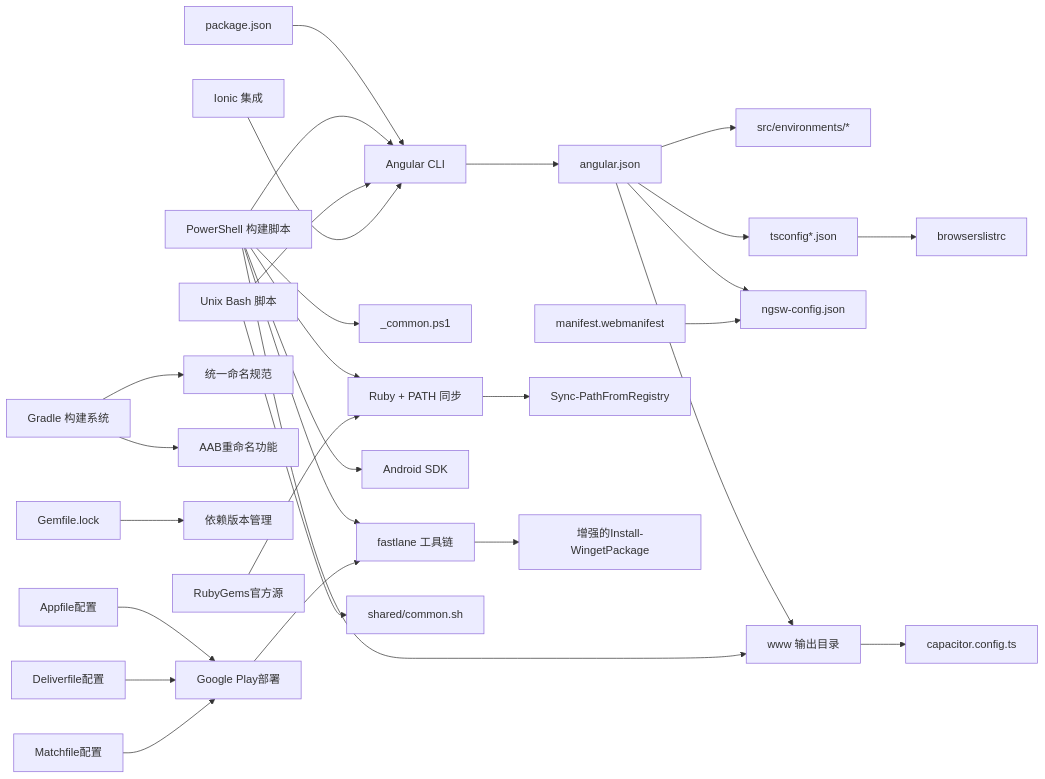
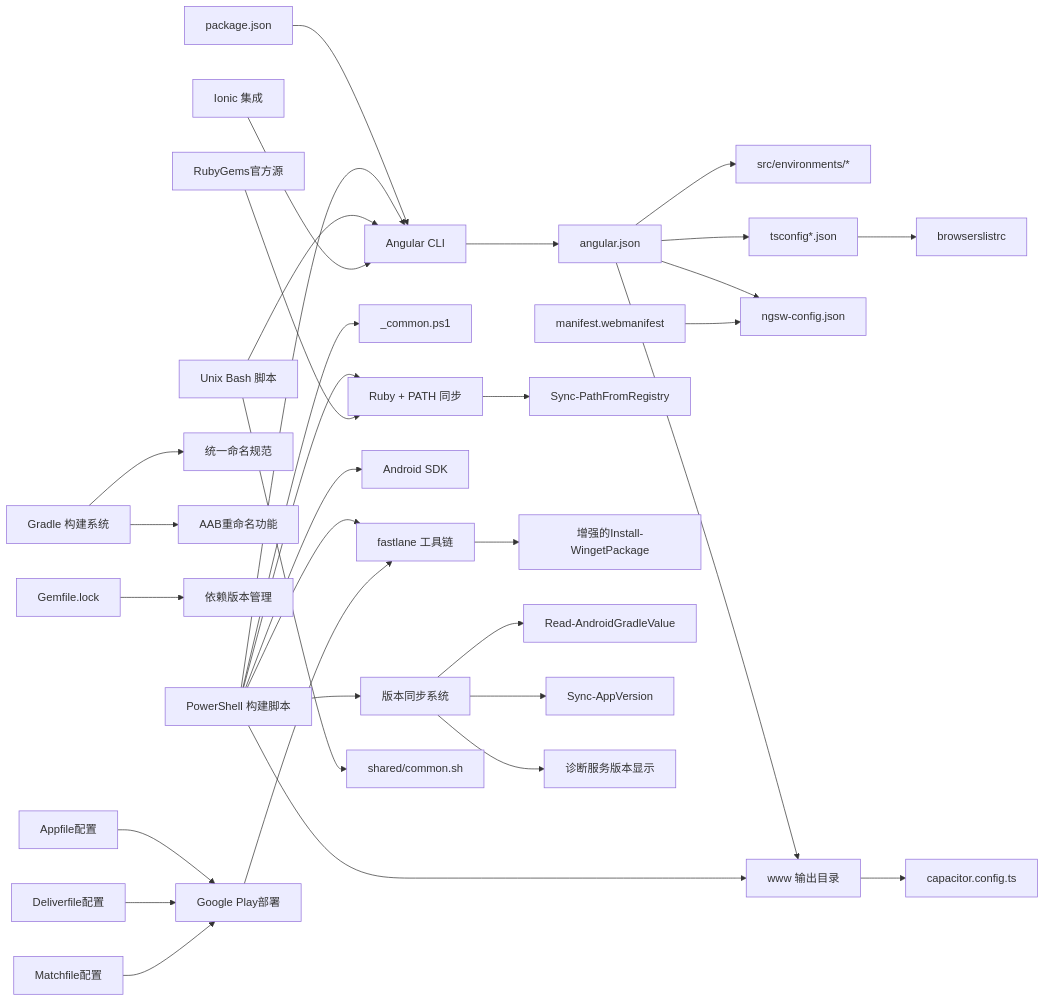
Before and after one commit to tea4go/Macro-Deck-Client-App: the sixth of 6 diagrams in .qoder/repowiki/zh/content/构建与部署/构建配置.md, drawn with Mermaid. The commit also changed other lines of this file and 37 other files, not shown here.

````diff
--- a/.qoder/repowiki/zh/content/构建与部署/构建配置.md
+++ b/.qoder/repowiki/zh/content/构建与部署/构建配置.md
@@ -713,31 +901,35 @@
 ```mermaid
 graph LR
 P["package.json"] --> CLI["Angular CLI"]
 CLI --> CFG["angular.json"]
 CFG --> ENV["src/environments/*"]
 CFG --> TS["tsconfig*.json"]
 TS --> BROWS["browserslistrc"]
 CFG --> SW["ngsw-config.json"]
 CFG --> WWW["www 输出目录"]
 WWW --> CAP["capacitor.config.ts"]
 PS["PowerShell 构建脚本"] --> CLI
 PS --> COMMON["_common.ps1"]
 PS --> WWW
 PS --> FASTLANE["fastlane 工具链"]
 PS --> ANDROID["Android SDK"]
 PS --> RUBY["Ruby + PATH 同步"]
+PS --> VERSIONSYNC["版本同步系统"]
 UNIX["Unix Bash 脚本"] --> COMMON2["shared/common.sh"]
 UNIX --> CLI
 MAN["manifest.webmanifest"] --> SW
 IONIC["Ionic 集成"] --> CLI
 RUBY --> SYNC["Sync-PathFromRegistry"]
 FASTLANE --> WINGET["增强的Install-WingetPackage"]
 GRADLE["Gradle 构建系统"] --> NAMING["统一命名规范"]
 GRADLE --> AABRENAME["AAB重命名功能"]
 GEMLOCK["Gemfile.lock"] --> DEPS["依赖版本管理"]
 PLAYSTORE["Google Play部署"] --> FASTLANE
 APPFILE["Appfile配置"] --> PLAYSTORE
 DELIVER["Deliverfile配置"] --> PLAYSTORE
 MATCH["Matchfile配置"] --> PLAYSTORE
 RUBYGEMS["RubyGems官方源"] --> RUBY
+VERSIONSYNC --> READGRADLE["Read-AndroidGradleValue"]
+VERSIONSYNC --> SYNCAPP["Sync-AppVersion"]
+VERSIONSYNC --> DIAGNOSTIC["诊断服务版本显示"]
 ```
````
